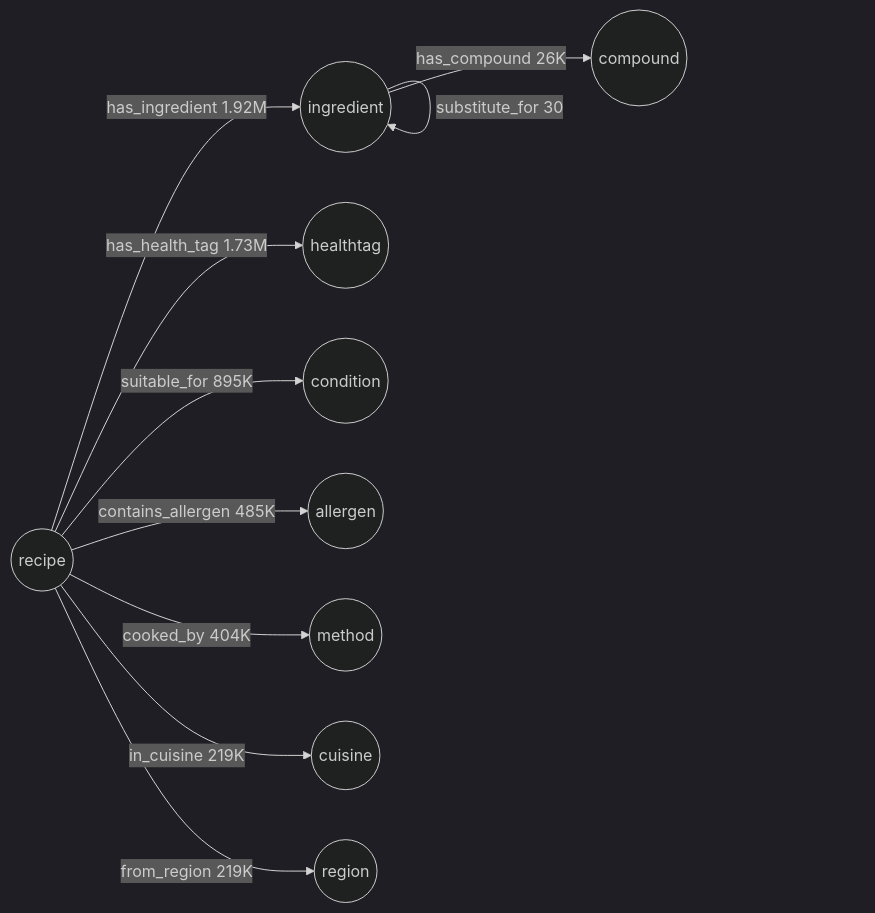
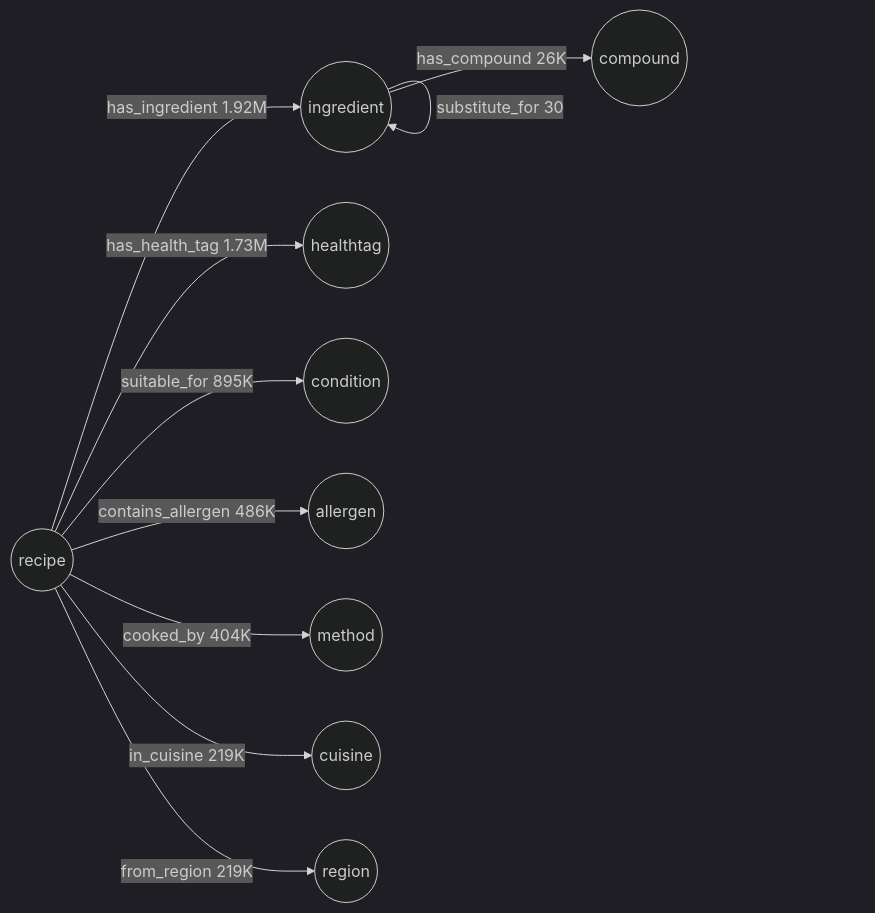
The second of 2 diagrams in README.md (Poshaka-Research-Lab/IndicRecipeNutri-dataset), drawn with Mermaid (dark theme) before and after one commit. The commit also changed other lines of this file and 47 other files, not shown here.

````diff
--- a/README.md
+++ b/README.md
@@ -323,13 +323,13 @@
 ```mermaid
 graph LR
     R((recipe)) -->|has_ingredient 1.92M| I((ingredient))
     R -->|has_health_tag 1.73M| H((healthtag))
     R -->|suitable_for 895K| D((condition))
-    R -->|contains_allergen 485K| A((allergen))
+    R -->|contains_allergen 486K| A((allergen))
     R -->|cooked_by 404K| M((method))
     R -->|in_cuisine 219K| C((cuisine))
     R -->|from_region 219K| G((region))
     I -->|has_compound 26K| P((compound))
     I -->|pairs_with 3.3K| I
     I -->|substitute_for 30| I
 ```
````
